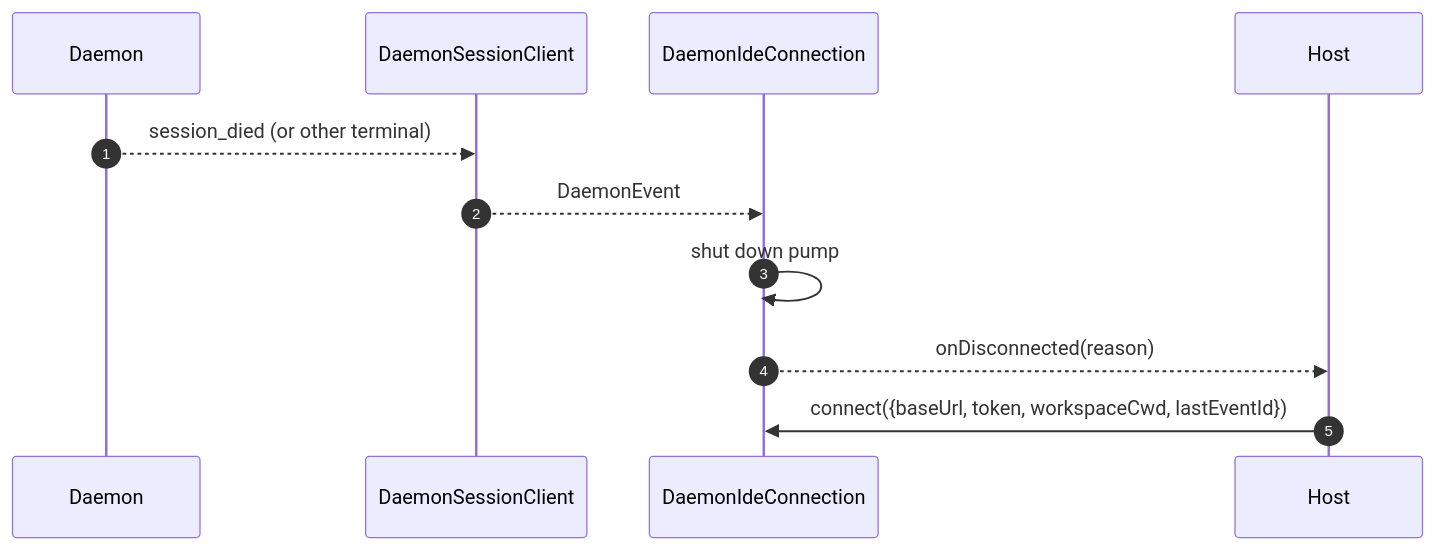
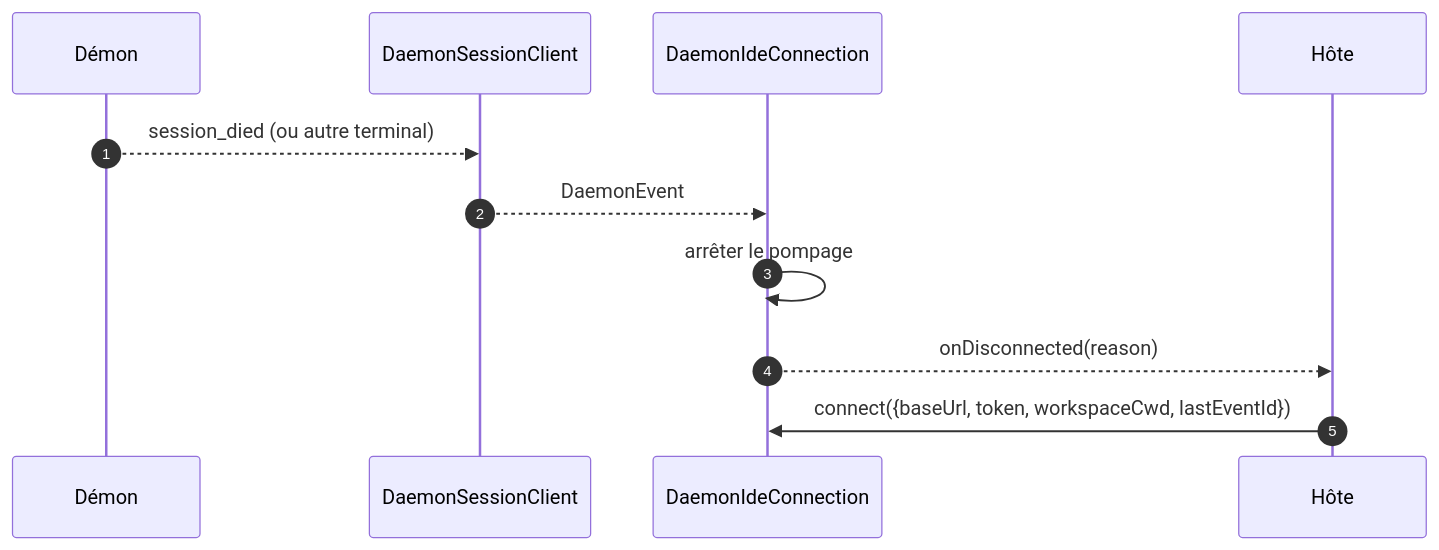
The third of 3 diagrams in website/content/fr/developers/daemon/16-vscode-ide-adapter.md (QwenLM/qwen-code-docs), drawn with Mermaid before and after one commit. The commit also changed other lines of this file and 1077 other files, not shown here.

````diff
--- a/website/content/fr/developers/daemon/16-vscode-ide-adapter.md
+++ b/website/content/fr/developers/daemon/16-vscode-ide-adapter.md
@@ -150,14 +149,14 @@
 ```mermaid
 sequenceDiagram
     autonumber
-    participant D as Daemon
+    participant D as Démon
     participant SDK as DaemonSessionClient
     participant C as DaemonIdeConnection
-    participant H as Host
+    participant H as Hôte
 
-    D-->>SDK: session_died (or other terminal)
+    D-->>SDK: session_died (ou autre terminal)
     SDK-->>C: DaemonEvent
-    C->>C: shut down pump
+    C->>C: arrêter le pompage
     C-->>H: onDisconnected(reason)
     H->>C: connect({baseUrl, token, workspaceCwd, lastEventId})
 ```
````
